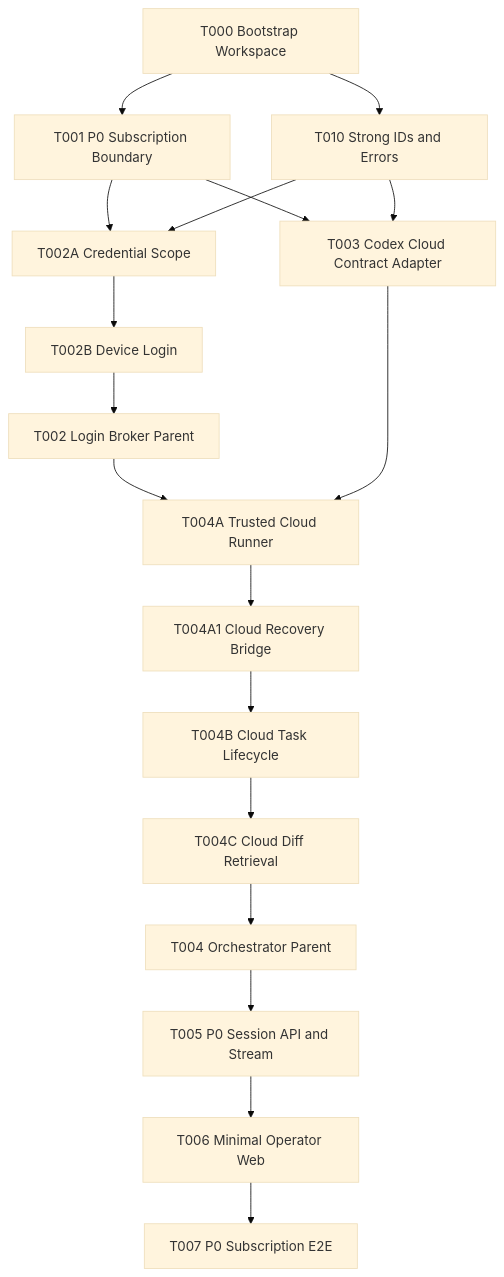
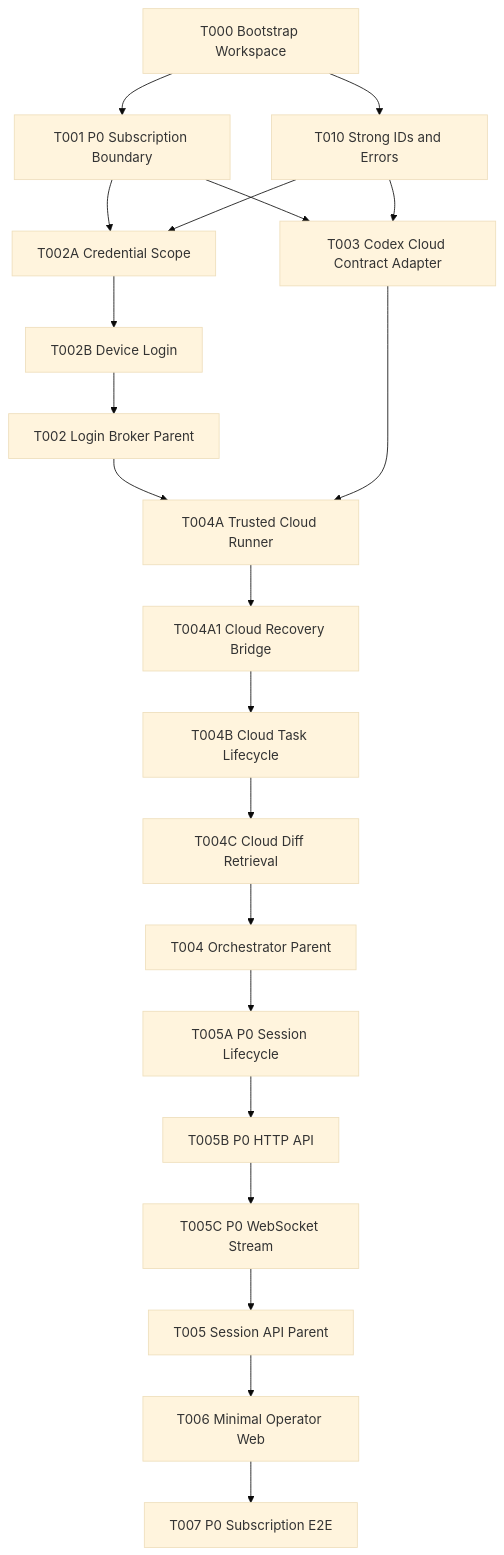
The third of 4 diagrams in docs/TD.md (fallrising/fanzloud), drawn with Mermaid (base theme) before and after one commit. The commit also changed other lines of this file and 12 other files, not shown here.

Commit message:
docs: define P0 session API task graph

````diff
--- a/docs/TD.md
+++ b/docs/TD.md
@@ -1609,20 +1609,23 @@
 ```mermaid
 flowchart TD
     T000[T000 Bootstrap Workspace] --> T001[T001 P0 Subscription Boundary]
     T000 --> T010[T010 Strong IDs and Errors]
     T001 --> T002A[T002A Credential Scope]
     T010 --> T002A
     T002A --> T002B[T002B Device Login]
     T002B --> T002[T002 Login Broker Parent]
     T001 --> T003[T003 Codex Cloud Contract Adapter]
     T010 --> T003
     T002 --> T004A[T004A Trusted Cloud Runner]
     T003 --> T004A
     T004A --> T004A1[T004A1 Cloud Recovery Bridge]
     T004A1 --> T004B[T004B Cloud Task Lifecycle]
     T004B --> T004C[T004C Cloud Diff Retrieval]
     T004C --> T004[T004 Orchestrator Parent]
-    T004 --> T005[T005 P0 Session API and Stream]
+    T004 --> T005A[T005A P0 Session Lifecycle]
+    T005A --> T005B[T005B P0 HTTP API]
+    T005B --> T005C[T005C P0 WebSocket Stream]
+    T005C --> T005[T005 Session API Parent]
     T005 --> T006[T006 Minimal Operator Web]
     T006 --> T007[T007 P0 Subscription E2E]
 ```
````
